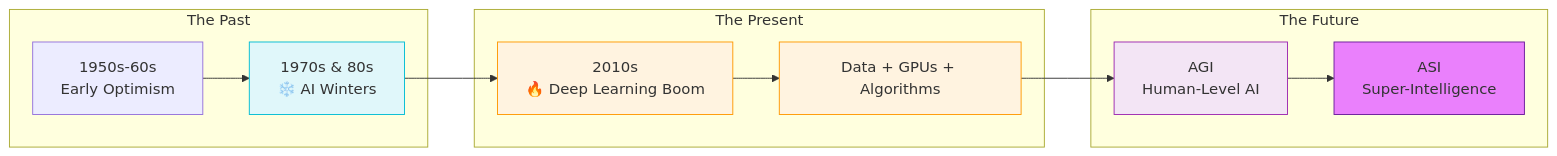
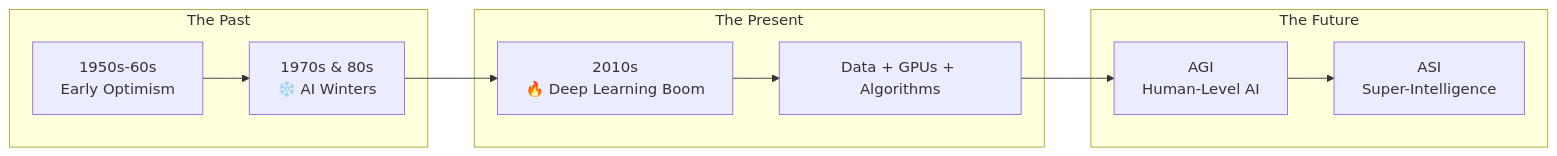
One commit to vdonthireddy/ai-knowledge-base changed the first of 2 diagrams in line16_timeline_and_future.md. Above: the diagram before and after it, drawn with Mermaid. The commit also changed other lines of this file and 30 other files, not shown here.

Commit message:
chore: Rename files and fix mermaid diagram styles for dark mode compatibility

````diff
--- a/line16_timeline_and_future.md
+++ b/line16_timeline_and_future.md
@@ -41,22 +41,17 @@
 ```mermaid
 graph LR
     subgraph The Past
         A[1950s-60s<br/>Early Optimism] --> B[1970s & 80s<br/>❄️ AI Winters]
     end
     
     subgraph The Present
         B --> C[2010s<br/>🔥 Deep Learning Boom]
         C --> D[Data + GPUs + Algorithms]
     end
     
     subgraph The Future
         D --> E[AGI<br/>Human-Level AI]
         E --> F[ASI<br/>Super-Intelligence]
     end
     
-    style B fill:#e0f7fa,stroke:#00bcd4
-    style C fill:#fff3e0,stroke:#ff9800
-    style D fill:#fff3e0,stroke:#ff9800
-    style E fill:#f3e5f5,stroke:#9c27b0
-    style F fill:#ea80fc,stroke:#6a1b9a
 ```
````
